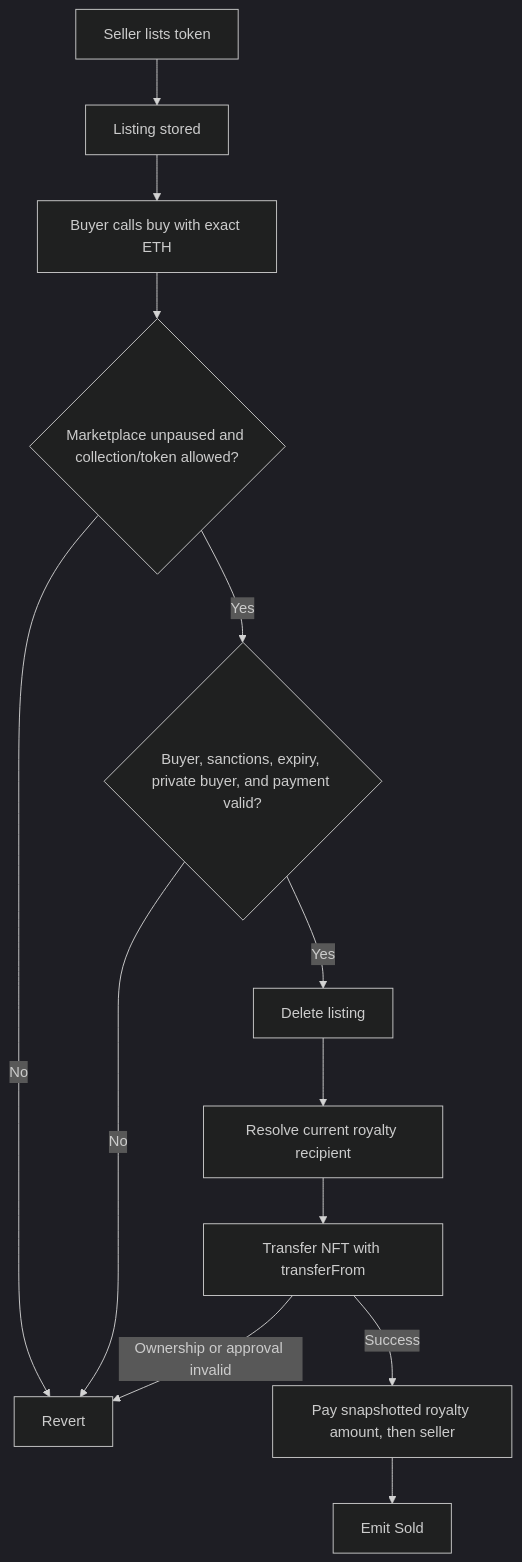
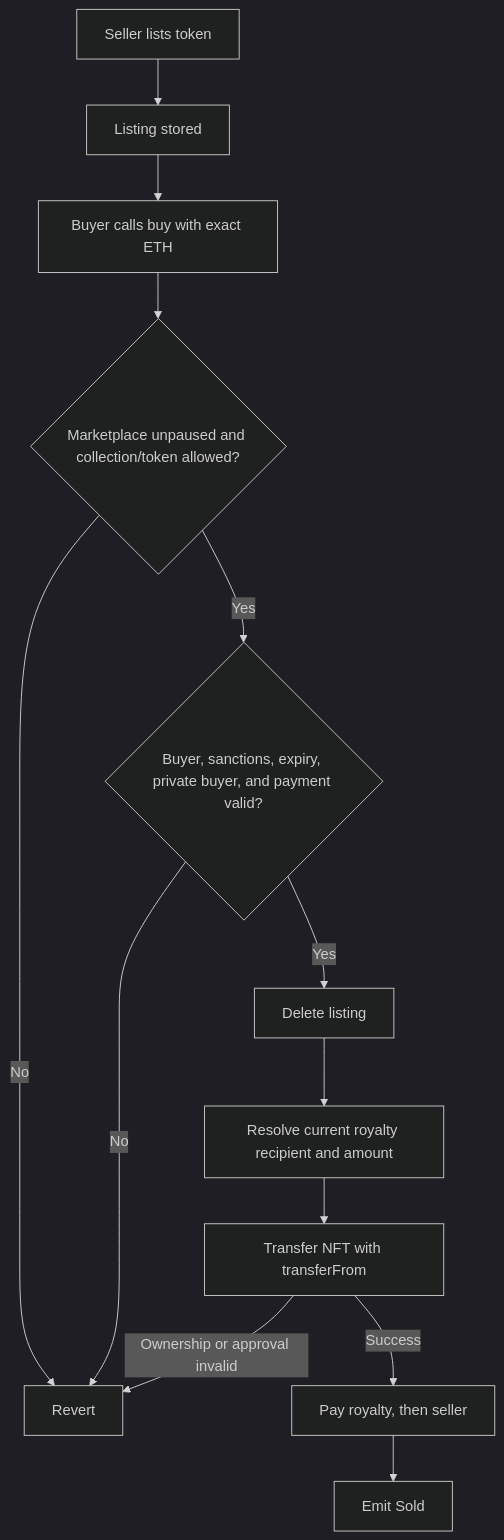
One commit to mpeyfuss/luci-market changed the first of 4 diagrams in README.md. Above: the diagram before and after it, drawn with Mermaid (dark theme). The commit also changed other lines of this file and 13 other files, not shown here.

````diff
--- a/README.md
+++ b/README.md
@@ -47,15 +48,15 @@
 ```mermaid
 flowchart TD
     A[Seller lists token] --> B[Listing stored]
     B --> C[Buyer calls buy with exact ETH]
     C --> D{Marketplace unpaused and collection/token allowed?}
     D -- No --> X[Revert]
     D -- Yes --> E{Buyer, sanctions, expiry, private buyer, and payment valid?}
     E -- No --> X
     E -- Yes --> F[Delete listing]
-    F --> G[Resolve current royalty recipient]
+    F --> G[Resolve current royalty recipient and amount]
     G --> H[Transfer NFT with transferFrom]
     H -- Ownership or approval invalid --> X
-    H -- Success --> I[Pay snapshotted royalty amount, then seller]
+    H -- Success --> I[Pay royalty, then seller]
     I --> J[Emit Sold]
 ```
````
